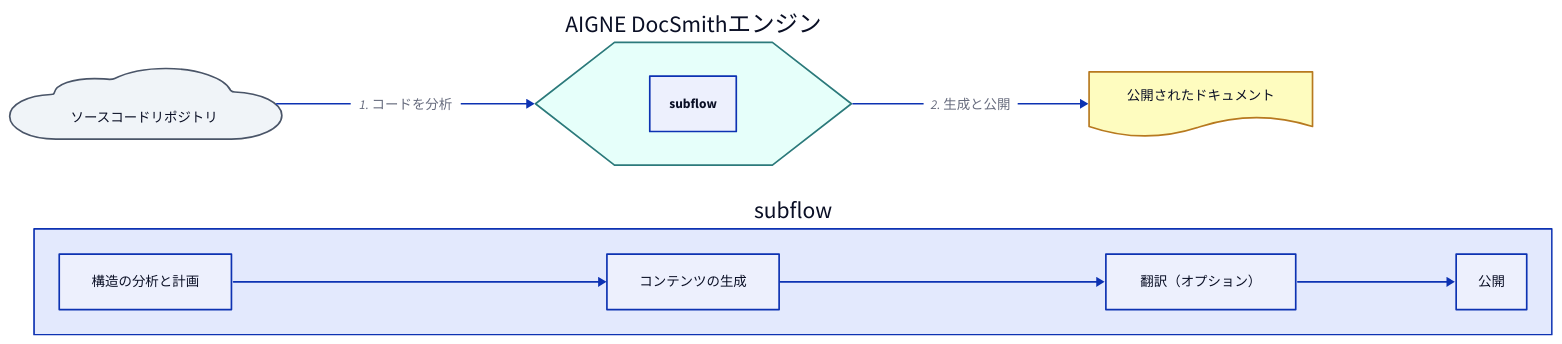
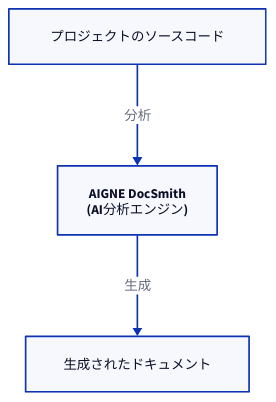
The diagram in docs/overview.ja.md (AIGNE-io/aigne-doc-smith), drawn with D2 before and after one commit. The commit also changed other lines of this file and 120 other files, not shown here.

Commit message:
chore: update docs for aigne doc-smith

````diff
--- a/docs/overview.ja.md
+++ b/docs/overview.ja.md
@@ -7,49 +11,21 @@
 ```d2
-direction: right
-style: {
-  font-size: 14
+direction: down
+
+Source-Code: {
+  label: "プロジェクトのソースコード"
+  shape: rectangle
 }
 
-# Actors
-source_code: "ソースコードリポジトリ" {
-  shape: cloud
-  style: {
-    fill: "#F0F4F8"
-    stroke: "#4A5568"
-  }
+DocSmith: {
+  label: "AIGNE DocSmith\n(AI分析エンジン)"
+  shape: rectangle
 }
 
-docsmith: "AIGNE DocSmithエンジン" {
-  shape: hexagon
-  style: {
-    fill: "#E6FFFA"
-    stroke: "#2C7A7B"
-  }
+Docs: {
+  label: "生成されたドキュメント"
+  shape: rectangle
 }
 
-published_docs: "公開されたドキュメント" {
-  shape: document
-  style: {
-    fill: "#FEFCBF"
-    stroke: "#B7791F"
-  }
-}
-
-# Main Flow
-source_code -> docsmith: "1. コードを分析"
-docsmith -> published_docs: "2. 生成と公開"
-
-# DocSmith Internal Process
-subflow: {
-  direction: down
-  
-  analyze: "構造の分析と計画"
-  generate: "コンテンツの生成"
-  translate: "翻訳（オプション）"
-  publish: "公開"
-  
-  analyze -> generate -> translate -> publish
-}
-
-docsmith.subflow: subflow
+Source-Code -> DocSmith: "分析"
+DocSmith -> Docs: "生成"
 ```
````
